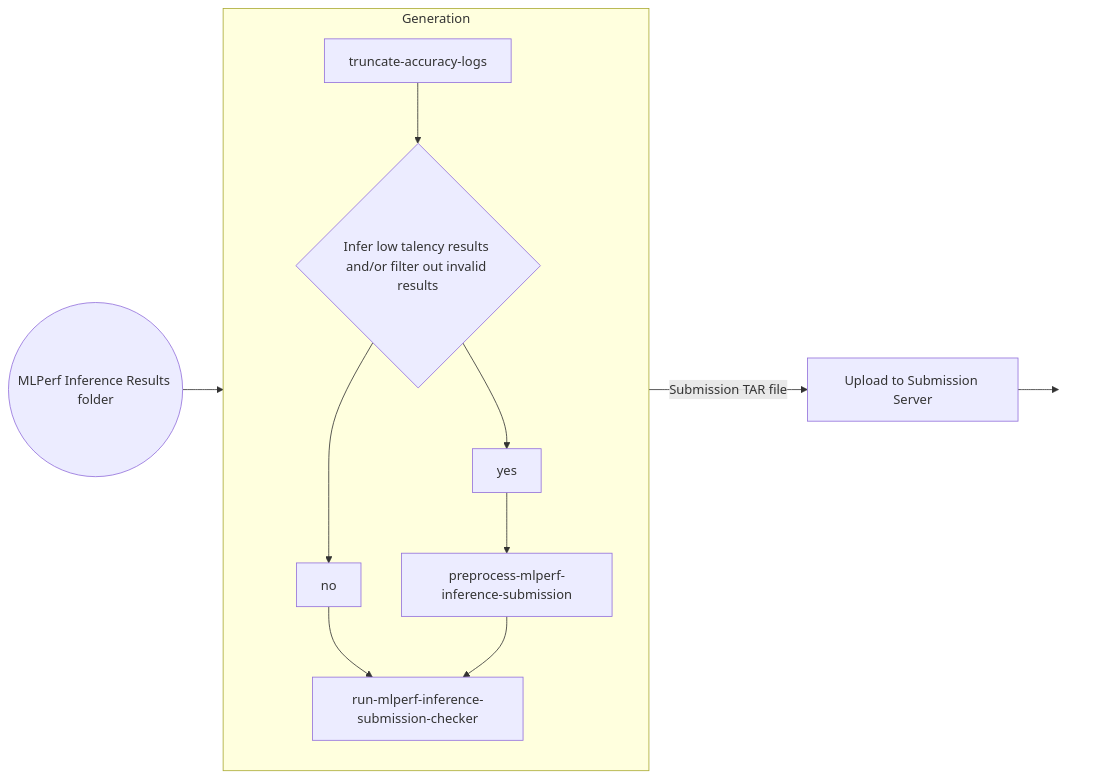
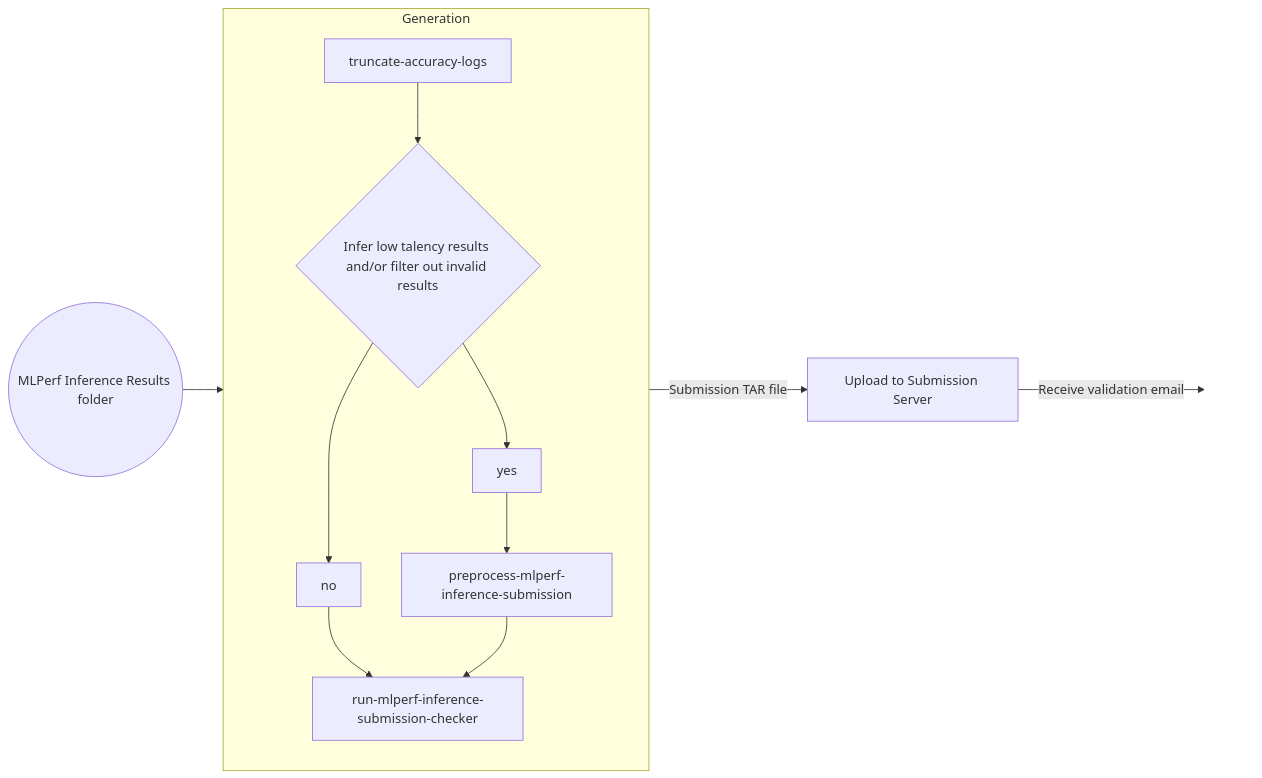
The diagram in docs/submission/index.md (GATEOverflow/inference), drawn with Mermaid before and after one commit.

````diff
--- a/docs/submission/index.md
+++ b/docs/submission/index.md
@@ -13,14 +13,14 @@
 ```mermaid
 flowchart LR
     classDef hidden fill:none,stroke:none;
     subgraph Generation
       direction TB
       C[truncate-accuracy-logs] --> D{Infer low talency results and/or filter out invalid results}
       D --> yes --> E[preprocess-mlperf-inference-submission]
       D --> no --> F[run-mlperf-inference-submission-checker]
       E --> F
     end
     Input((MLPerf Inference Results folder)) --> Generation
     Generation --  Submission TAR file --> H[Upload to Submission Server]
-    H --> O[ ]:::hidden
+    H -- Receive validation email --> O[ ]:::hidden
 ```
````
